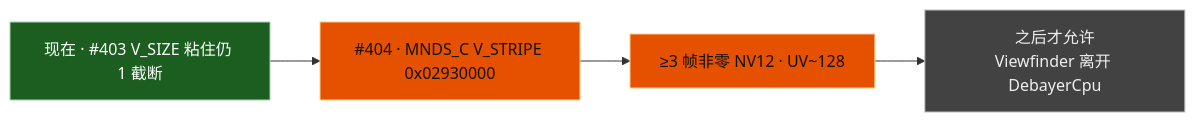
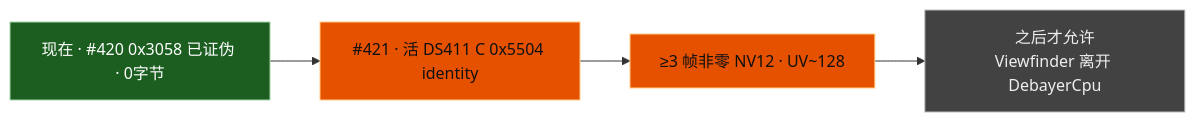
The first of 5 diagrams in linux-mainline/docs/dagu-ife-front-pipeline-status.md (Huabin1010/dagu-mainline-linux), drawn with Mermaid before and after one commit. The commit also changed other lines of this file and 11 other files, not shown here.

````diff
--- a/linux-mainline/docs/dagu-ife-front-pipeline-status.md
+++ b/linux-mainline/docs/dagu-ife-front-pipeline-status.md
@@ -56,17 +80,17 @@
 ```mermaid
 flowchart LR
-  NOW["现在 · #403 V_SIZE 粘住仍 1 截断"]
-  CUT["#404 · MNDS_C V_STRIPE 0x02930000"]
+  NOW["现在 · #420 0x3058 已证伪 · 0字节"]
+  CUT["#421 · 活 DS411 C 0x5504 identity"]
   GOAL["≥3 帧非零 NV12 · UV~128"]
   LATER["之后才允许<br/>Viewfinder 离开 DebayerCpu"]
   NOW --> CUT --> GOAL --> LATER
 
   class NOW ok
   class CUT gap
   class GOAL gap
   class LATER later
 
   classDef ok fill:#1b5e20,stroke:#a5d6a7,color:#fff
   classDef gap fill:#e65100,stroke:#ffcc80,color:#111
   classDef later fill:#424242,stroke:#bdbdbd,color:#eee
 ```
````
